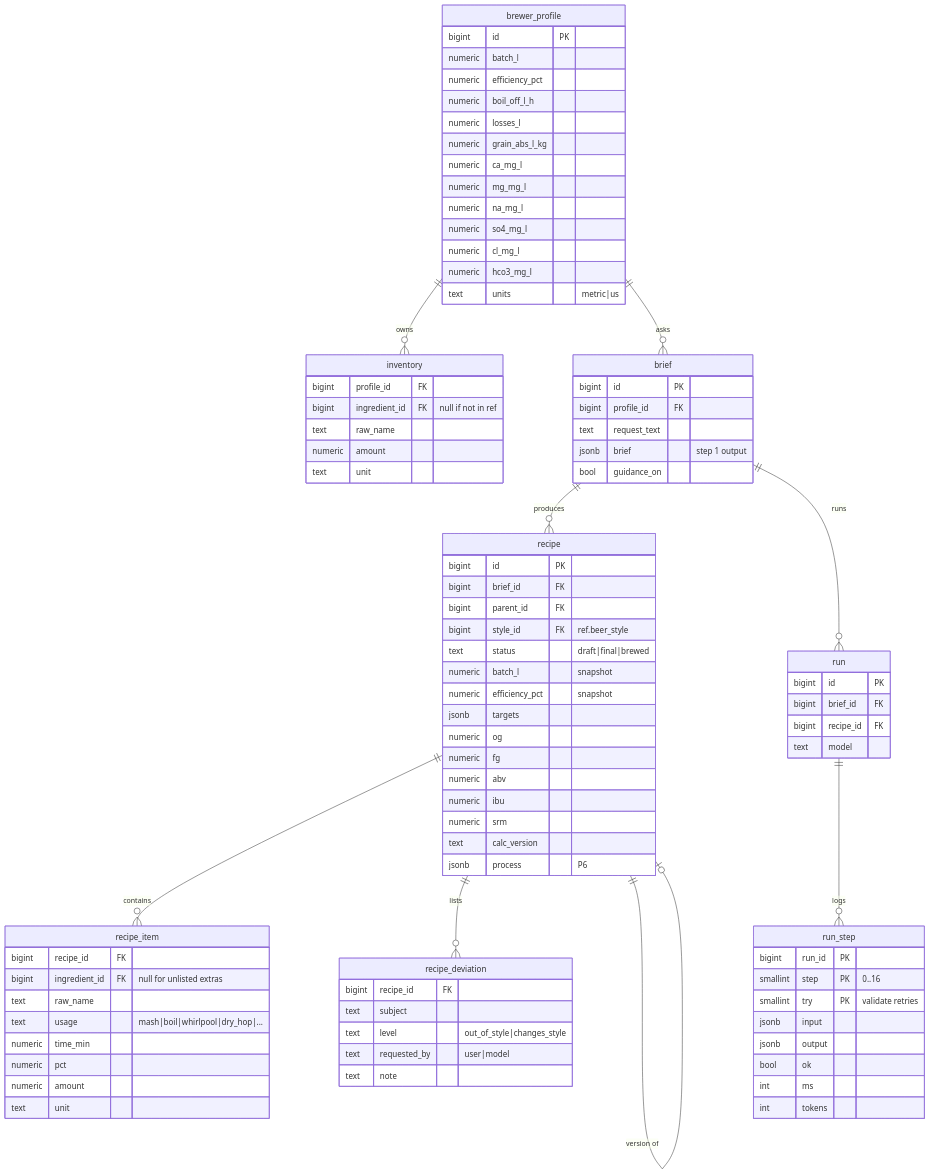
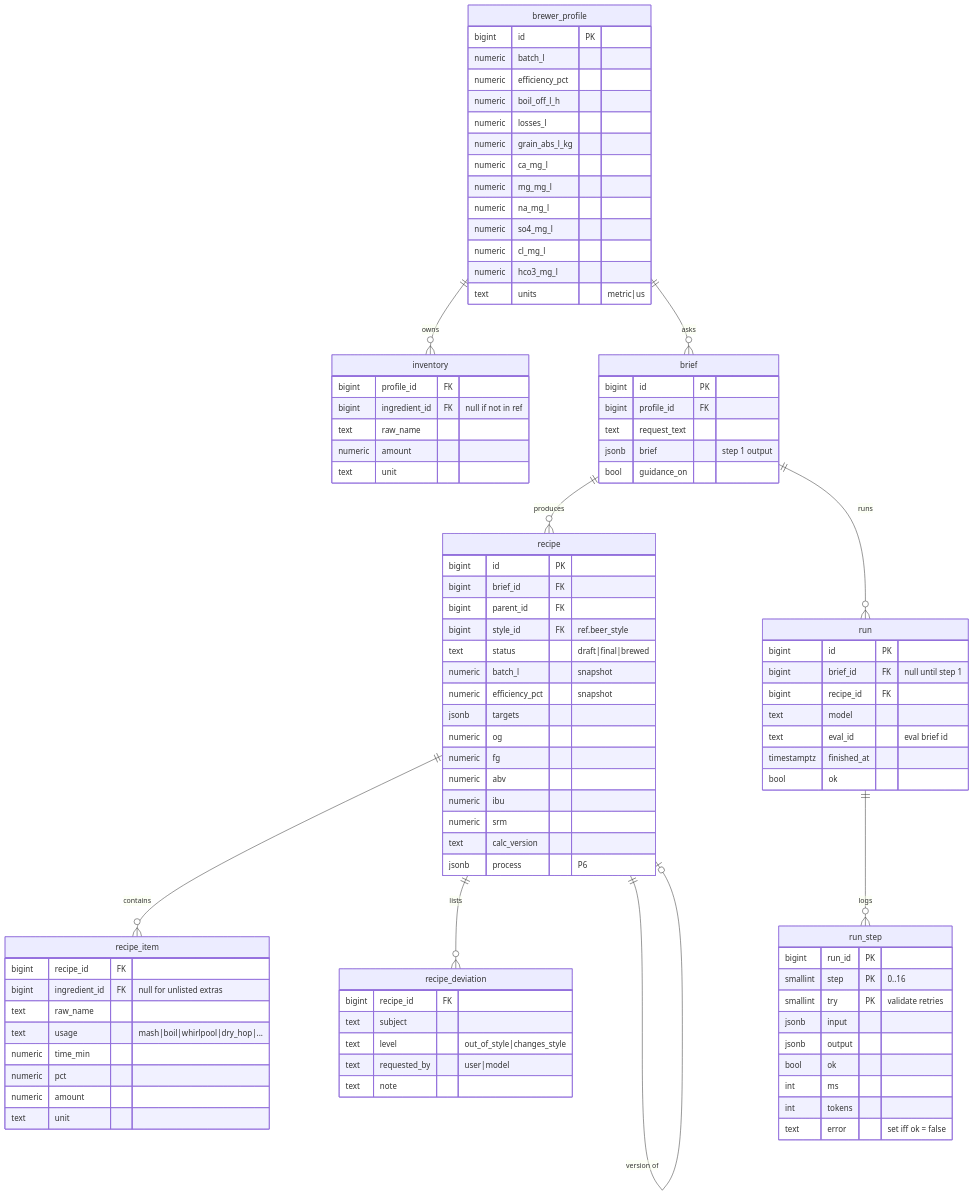
The fourth of 4 diagrams in docs/DATABASE.md (badacsonyigorenyember/homebrew_ai), drawn with Mermaid before and after one commit. The commit also changed other lines of this file and 4 other files, not shown here.

Commit message:
Add run-log columns and pg_jsonschema

````diff
--- a/docs/DATABASE.md
+++ b/docs/DATABASE.md
@@ -371,9 +373,12 @@
     }
     run {
         bigint id PK
-        bigint brief_id FK
+        bigint brief_id FK "null until step 1"
         bigint recipe_id FK
         text model
+        text eval_id "eval brief id"
+        timestamptz finished_at
+        bool ok
     }
     run_step {
         bigint run_id PK
@@ -384,5 +389,6 @@
         bool ok
         int ms
         int tokens
+        text error "set iff ok = false"
     }
 ```
````
